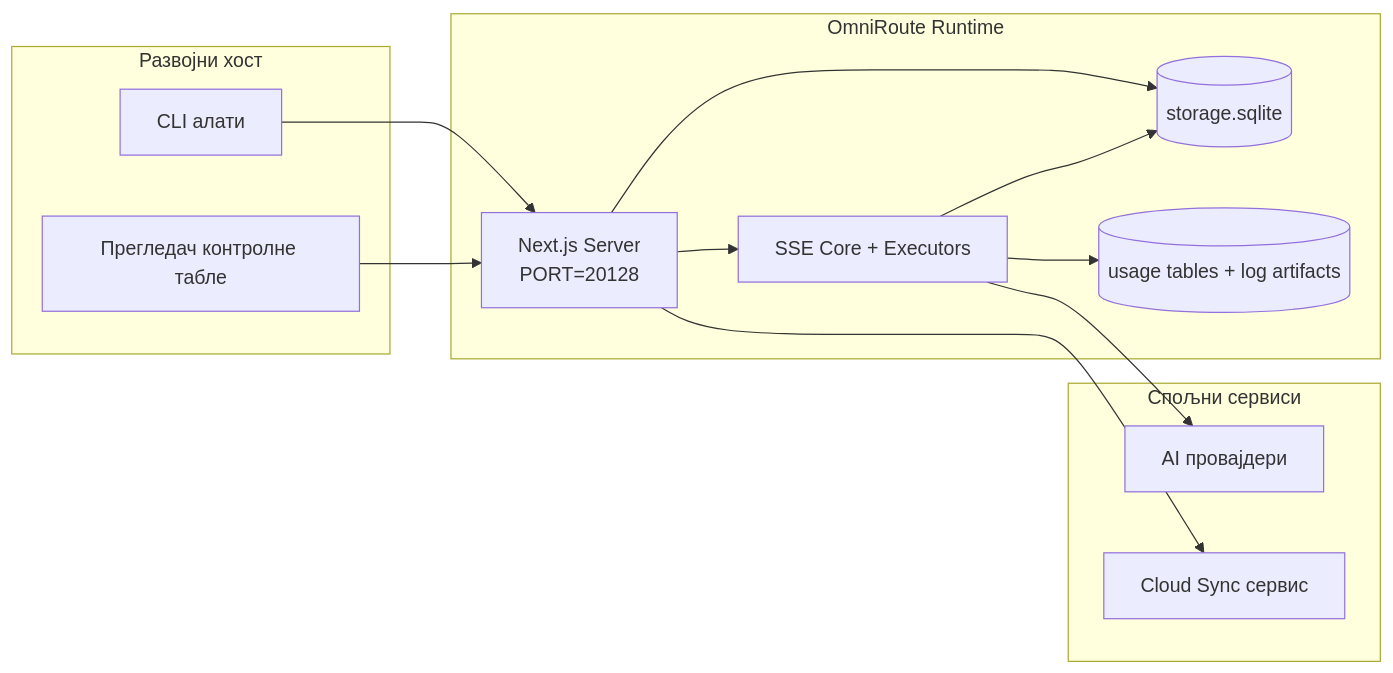
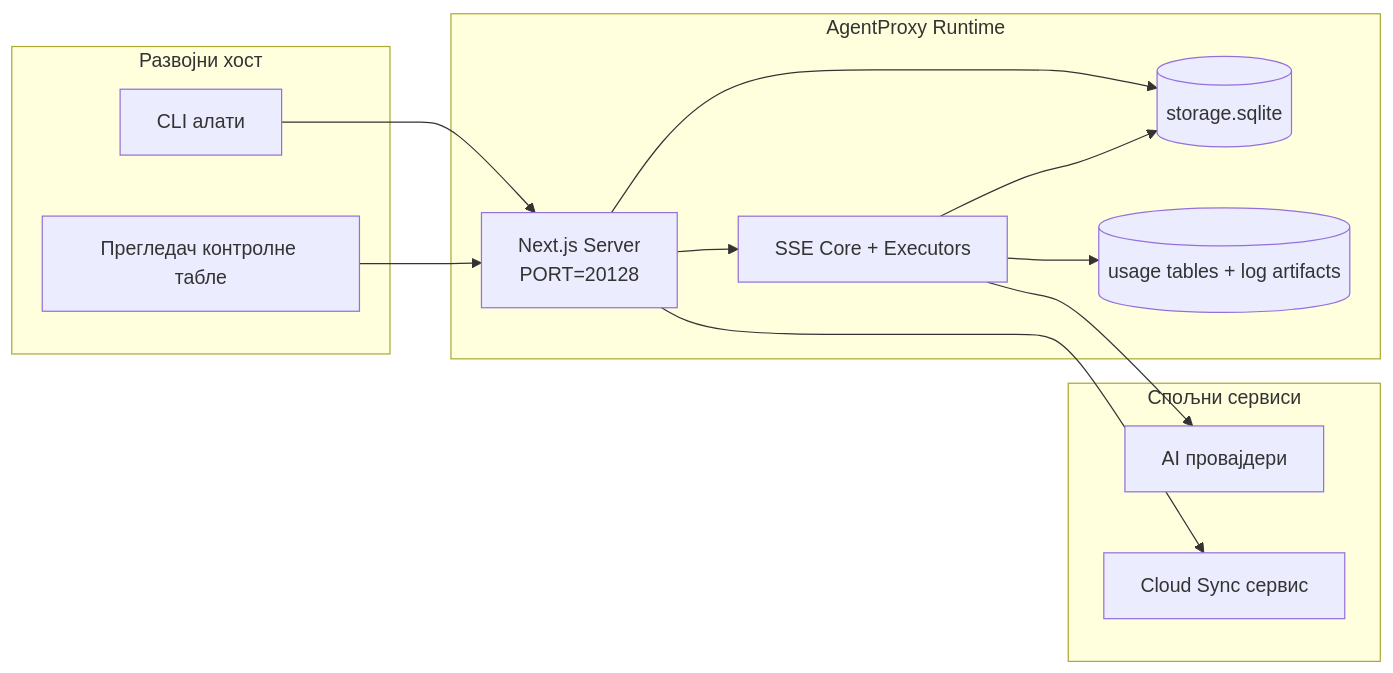
One commit to khanhkit/AgentProxy changed the seventh of 7 diagrams in docs/i18n/sr/docs/architecture/ARCHITECTURE.md. Above: the diagram before and after it, drawn with Mermaid. The commit also changed other lines of this file and 6043 other files, not shown here.

Commit message:
wip(release): checkpoint AgentProxy identity cleanup

````diff
--- a/docs/i18n/sr/docs/architecture/ARCHITECTURE.md
+++ b/docs/i18n/sr/docs/architecture/ARCHITECTURE.md
@@ -818,28 +818,28 @@
 ```mermaid
 flowchart LR
     subgraph LocalHost[Развојни хост]
         CLI[CLI алати]
         Browser[Прегледач контролне табле]
     end
 
-    subgraph ContainerOrProcess[OmniRoute Runtime]
+    subgraph ContainerOrProcess[AgentProxy Runtime]
         Next[Next.js Server\nPORT=20128]
         Core[SSE Core + Executors]
         MainDB[(storage.sqlite)]
         UsageDB[(usage tables + log artifacts)]
     end
 
     subgraph External[Спољни сервиси]
         Providers[AI провајдери]
         SyncCloud[Cloud Sync сервис]
     end
 
     CLI --> Next
     Browser --> Next
     Next --> Core
     Next --> MainDB
     Core --> MainDB
     Core --> UsageDB
     Core --> Providers
     Next --> SyncCloud
 ```
````
